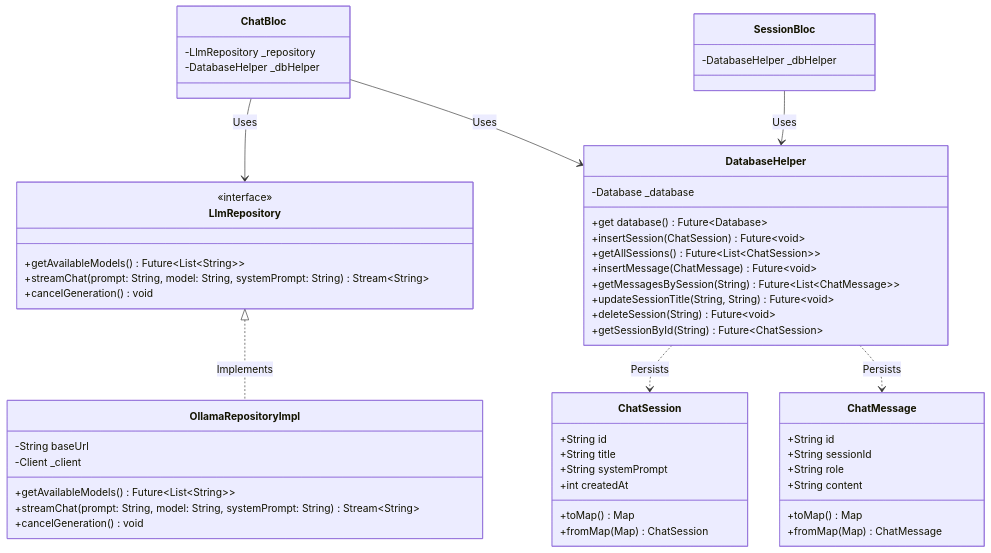
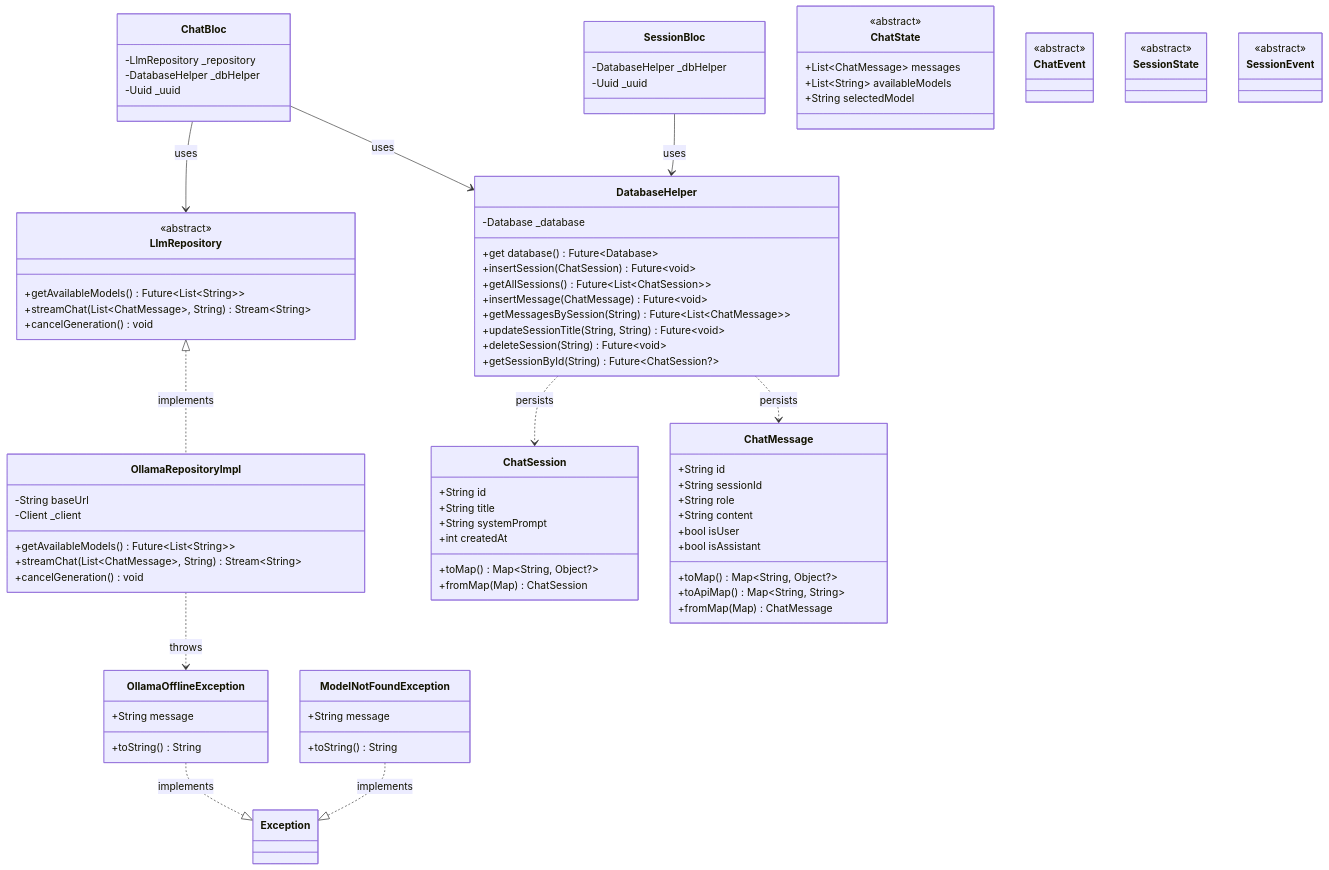
The diagram in README.md (Mahdanaa/Local_Mind), drawn with Mermaid before and after one commit. The commit also changed other lines of this file and 12 other files, not shown here.

Commit message:
feat: implement core BLoC architecture, LLM repository, and session management logic

````diff
--- a/README.md
+++ b/README.md
@@ -44,7 +82,10 @@
         +String sessionId
         +String role
         +String content
-        +toMap() Map
+        +bool isUser
+        +bool isAssistant
+        +toMap() Map~String, Object?~
+        +toApiMap() Map~String, String~
         +fromMap(Map) ChatMessage
     }
 
@@ -53,7 +94,7 @@
         +String title
         +String systemPrompt
         +int createdAt
-        +toMap() Map
+        +toMap() Map~String, Object?~
         +fromMap(Map) ChatSession
     }
 
@@ -66,13 +107,13 @@
         +getMessagesBySession(String) Future~List~ChatMessage~~
         +updateSessionTitle(String, String) Future~void~
         +deleteSession(String) Future~void~
-        +getSessionById(String) Future~ChatSession~
+        +getSessionById(String) Future~ChatSession?~
     }
 
     class LlmRepository {
-        <<interface>>
+        <<abstract>>
         +getAvailableModels() Future~List~String~~
-        +streamChat(prompt: String, model: String, systemPrompt: String) Stream~String~
+        +streamChat(List~ChatMessage~, String) Stream~String~
         +cancelGeneration() void
     }
 
@@ -80,23 +121,57 @@
         -String baseUrl
         -Client _client
         +getAvailableModels() Future~List~String~~
-        +streamChat(prompt: String, model: String, systemPrompt: String) Stream~String~
+        +streamChat(List~ChatMessage~, String) Stream~String~
         +cancelGeneration() void
+    }
+
+    class OllamaOfflineException {
+        +String message
+        +toString() String
+    }
+
+    class ModelNotFoundException {
+        +String message
+        +toString() String
     }
 
     class ChatBloc {
         -LlmRepository _repository
         -DatabaseHelper _dbHelper
+        -Uuid _uuid
     }
 
     class SessionBloc {
         -DatabaseHelper _dbHelper
+        -Uuid _uuid
     }
 
-    LlmRepository <|.. OllamaRepositoryImpl : Implements
-    ChatBloc --> LlmRepository : Uses
-    ChatBloc --> DatabaseHelper : Uses
-    SessionBloc --> DatabaseHelper : Uses
-    DatabaseHelper ..> ChatSession : Persists
-    DatabaseHelper ..> ChatMessage : Persists
+    class ChatState {
+        <<abstract>>
+        +List~ChatMessage~ messages
+        +List~String~ availableModels
+        +String selectedModel
+    }
+
+    class ChatEvent {
+        <<abstract>>
+    }
+
+    class SessionState {
+        <<abstract>>
+    }
+
+    class SessionEvent {
+        <<abstract>>
+    }
+
+    LlmRepository <|.. OllamaRepositoryImpl : implements
+    OllamaOfflineException ..|> Exception : implements
+    ModelNotFoundException ..|> Exception : implements
+    ChatBloc --> LlmRepository : uses
+    ChatBloc --> DatabaseHelper : uses
+    SessionBloc --> DatabaseHelper : uses
+    DatabaseHelper ..> ChatSession : persists
+    DatabaseHelper ..> ChatMessage : persists
+    OllamaRepositoryImpl ..> OllamaOfflineException : throws
 ```
````
